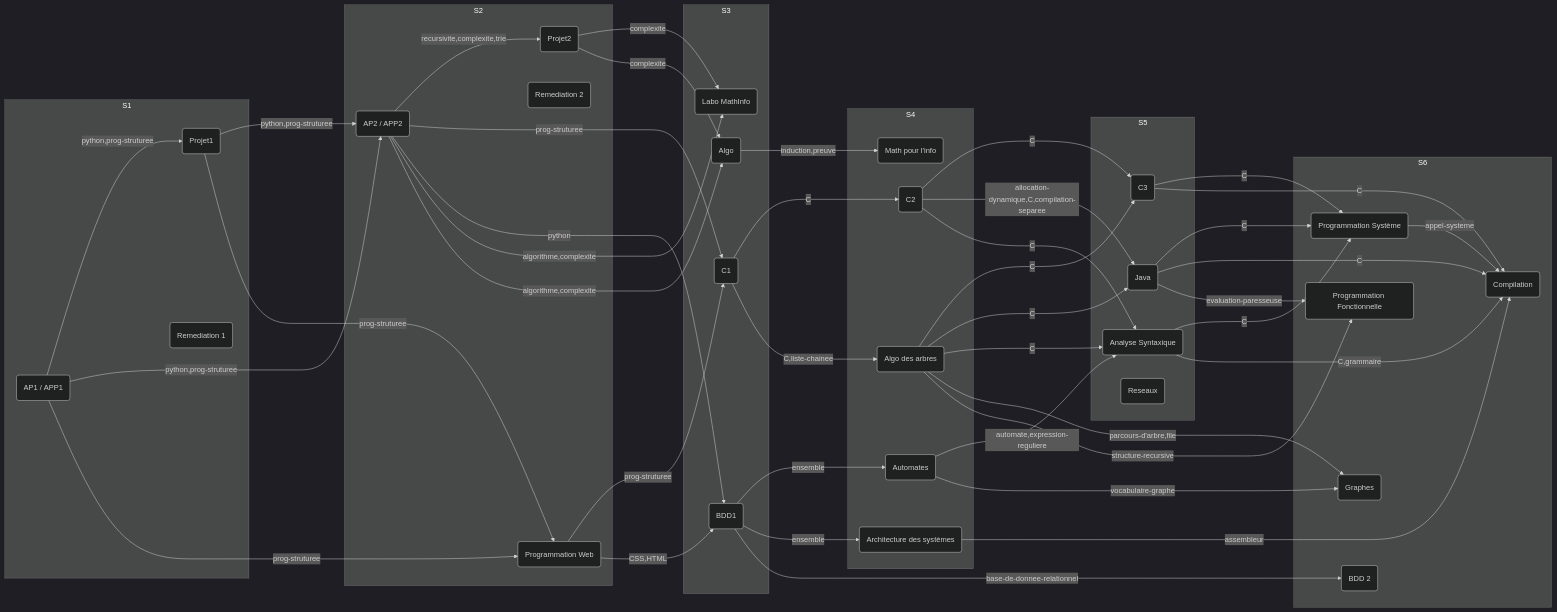
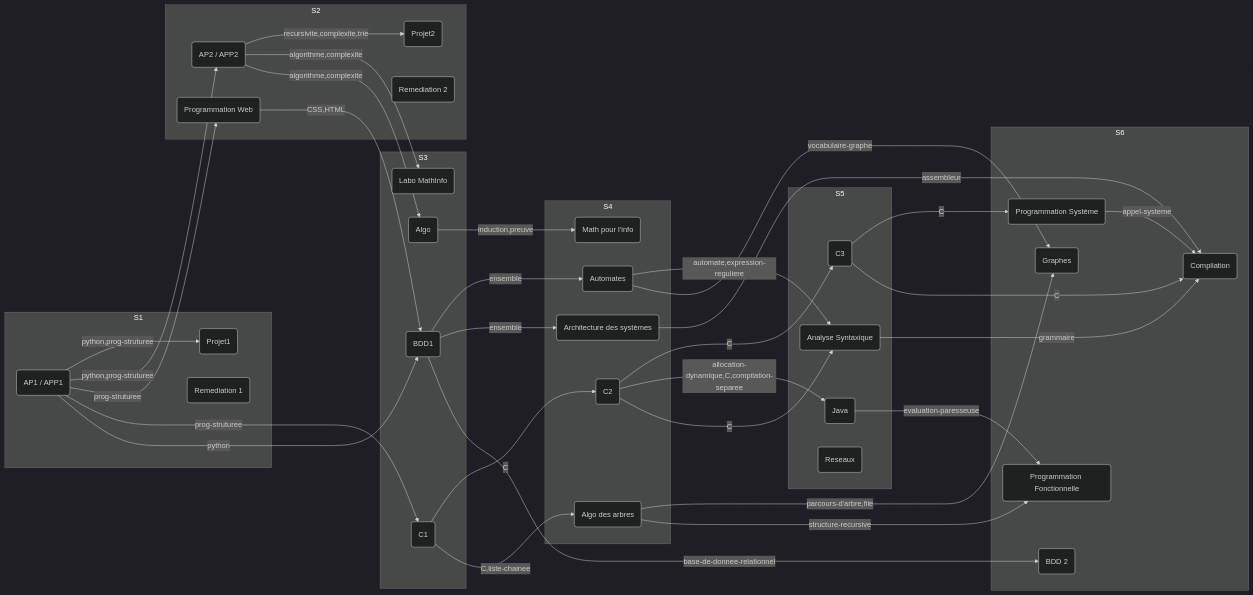
The diagram in cursus.mmd (forax/university-cursus), drawn with Mermaid (dark theme) before and after one commit. The commit also changed 2 other files, not shown here.

```diff
--- a/cursus.mmd
+++ b/cursus.mmd
@@ -1,78 +1,67 @@
 flowchart LR
 subgraph S1
   id0(AP1 / APP1)
   id1(Projet1)
   id2(Remediation 1)
 end S1
 subgraph S2
   id3(AP2 / APP2)
   id4(Projet2)
   id5(Remediation 2)
   id6(Programmation Web)
 end S2
 subgraph S3
   id7(C1)
   id8(BDD1)
   id9(Labo MathInfo)
   id10(Algo)
 end S3
 subgraph S4
   id11(C2)
   id12(Algo des arbres)
   id13(Automates)
   id14(Architecture des systèmes)
   id15(Math pour l'info)
 end S4
 subgraph S5
   id16(C3)
   id17(Java)
   id18(Analyse Syntaxique)
   id19(Reseaux)
 end S5
 subgraph S6
   id20(Graphes)
   id21(Programmation Système)
   id22(Compilation)
   id23(Programmation Fonctionnelle)
   id24(BDD 2)
 end S6
 
 id0 --python,prog-struturee--> id1
 id0 --python,prog-struturee--> id3
-id1 --python,prog-struturee--> id3
 id3 --recursivite,complexite,trie--> id4
 id0 --prog-struturee--> id6
-id1 --prog-struturee--> id6
-id3 --prog-struturee--> id7
-id6 --prog-struturee--> id7
+id0 --prog-struturee--> id7
 id6 --CSS,HTML--> id8
-id3 --python--> id8
+id0 --python--> id8
 id3 --algorithme,complexite--> id9
-id4 --complexite--> id9
 id3 --algorithme,complexite--> id10
-id4 --complexite--> id10
 id7 --C--> id11
 id7 --C,liste-chainee--> id12
 id8 --ensemble--> id13
 id8 --ensemble--> id14
 id10 --induction,preuve--> id15
 id11 --C--> id16
-id12 --C--> id16
 id11 --allocation-dynamique,C,compilation-separee--> id17
-id12 --C--> id17
 id11 --C--> id18
-id12 --C--> id18
 id13 --automate,expression-reguliere--> id18
 id12 --parcours-d'arbre,file--> id20
 id13 --vocabulaire-graphe--> id20
 id16 --C--> id21
-id17 --C--> id21
-id18 --C--> id21
 id16 --C--> id22
-id17 --C--> id22
-id18 --C,grammaire--> id22
 id14 --assembleur--> id22
+id18 --grammaire--> id22
 id21 --appel-systeme--> id22
 id12 --structure-recursive--> id23
 id17 --evaluation-paresseuse--> id23
 id8 --base-de-donnee-relationnel--> id24
```
